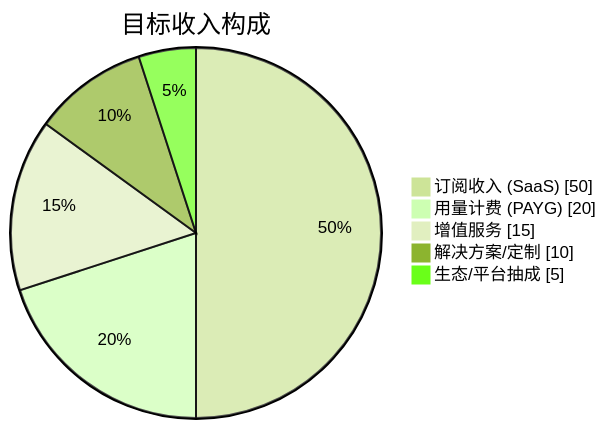
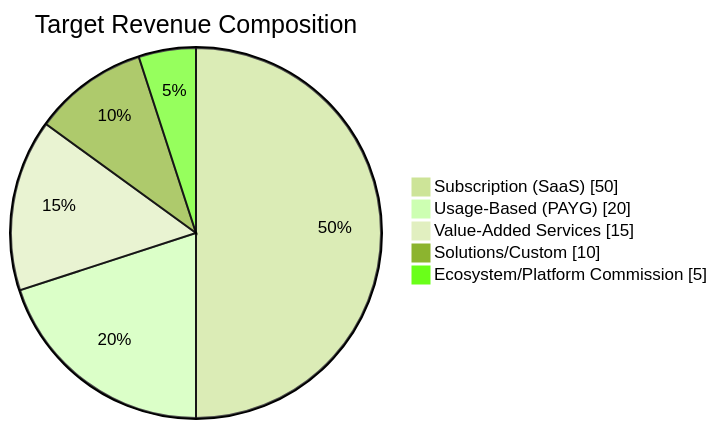
One commit to Kirky-X/cangjie changed the seventh of 15 diagrams in templates/【模板】商业模式文档.md. Above: the diagram before and after it, drawn with Mermaid (forest theme). The commit also changed other lines of this file and 60 other files, not shown here.

````diff
--- a/templates/【模板】商业模式文档.md
+++ b/templates/【模板】商业模式文档.md
@@ -278,9 +278,9 @@
 ```mermaid
 pie showData
-    title 目标收入构成
-    "订阅收入 (SaaS)" : 50
-    "用量计费 (PAYG)" : 20
-    "增值服务" : 15
-    "解决方案/定制" : 10
-    "生态/平台抽成" : 5
+    title Target Revenue Composition
+    "Subscription (SaaS)" : 50
+    "Usage-Based (PAYG)" : 20
+    "Value-Added Services" : 15
+    "Solutions/Custom" : 10
+    "Ecosystem/Platform Commission" : 5
 ```
````
